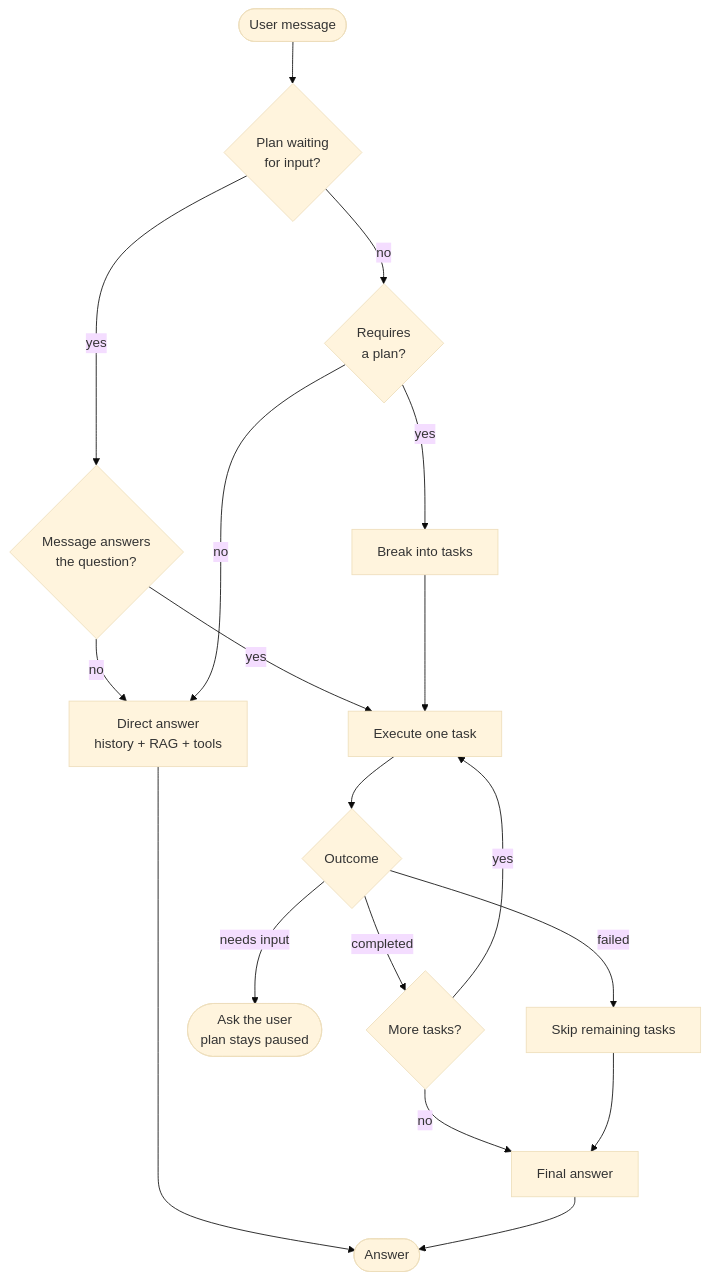
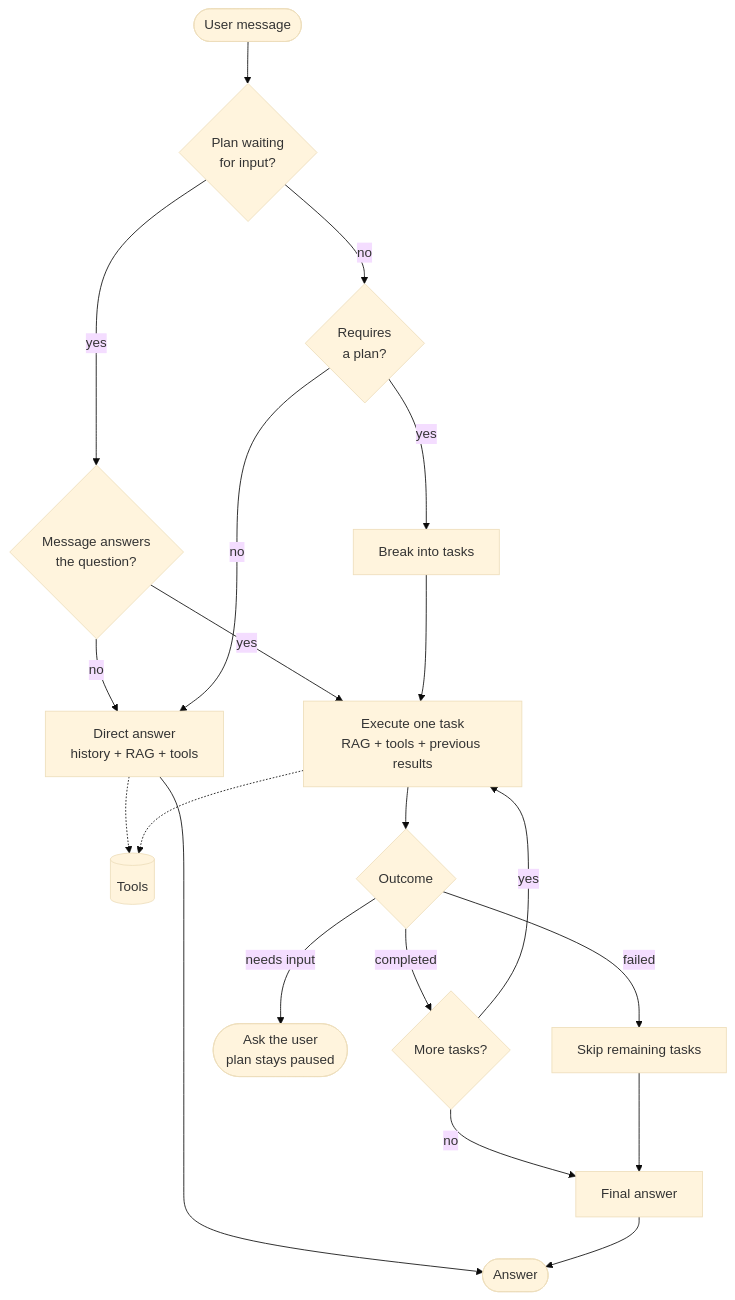
One commit to mongodb-developer/mongodb-jvm-showcase changed the diagram in java/spring/spring-ai/policy-agent/README.md. Above: the diagram before and after it, drawn with Mermaid (base theme).

Commit message:
Readme adjusted

````diff
--- a/java/spring/spring-ai/policy-agent/README.md
+++ b/java/spring/spring-ai/policy-agent/README.md
@@ -34,25 +34,27 @@
 ```mermaid
 flowchart TD
     IN([User message]) --> RESUME{Plan waiting<br/>for input?}
 
     RESUME -->|yes| CLASSIFY{Message answers<br/>the question?}
     CLASSIFY -->|no| CHAT
     CLASSIFY -->|yes| RUN
 
     RESUME -->|no| DECIDE{Requires<br/>a plan?}
     DECIDE -->|no| CHAT[Direct answer<br/>history + RAG + tools]
+    CHAT -.-> TOOLS[(Tools)]
+    RUN -.-> TOOLS
     DECIDE -->|yes| CREATE[Break into tasks]
 
-    CREATE --> RUN[Execute one task]
+    CREATE --> RUN[Execute one task<br/>RAG + tools + previous results]
     RUN --> OUT{Outcome}
 
     OUT -->|completed| NEXT{More tasks?}
     NEXT -->|yes| RUN
     NEXT -->|no| SYNTH[Final answer]
 
     OUT -->|needs input| ASK([Ask the user<br/>plan stays paused])
     OUT -->|failed| SKIP[Skip remaining tasks] --> SYNTH
 
     CHAT --> ANSWER([Answer])
     SYNTH --> ANSWER
 ```
````
